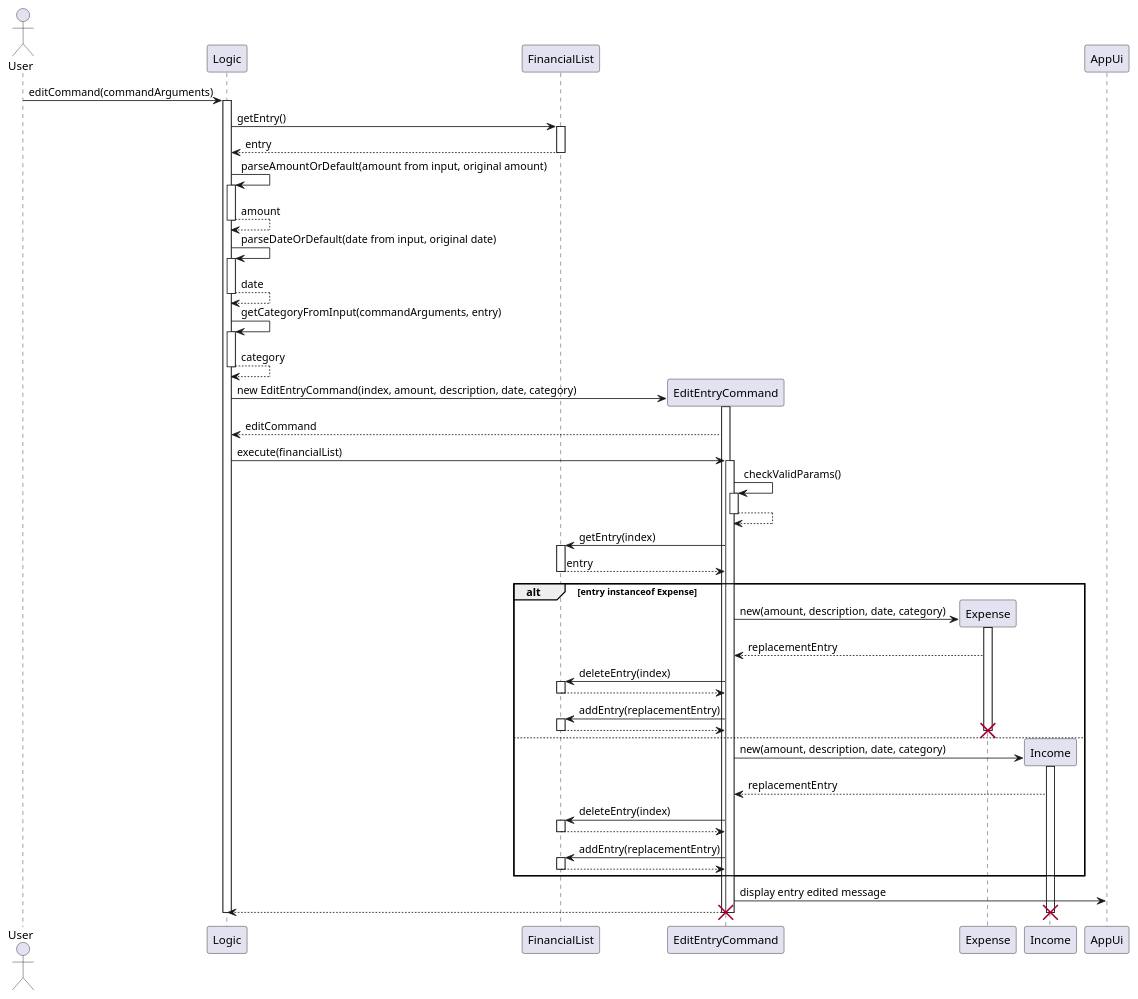
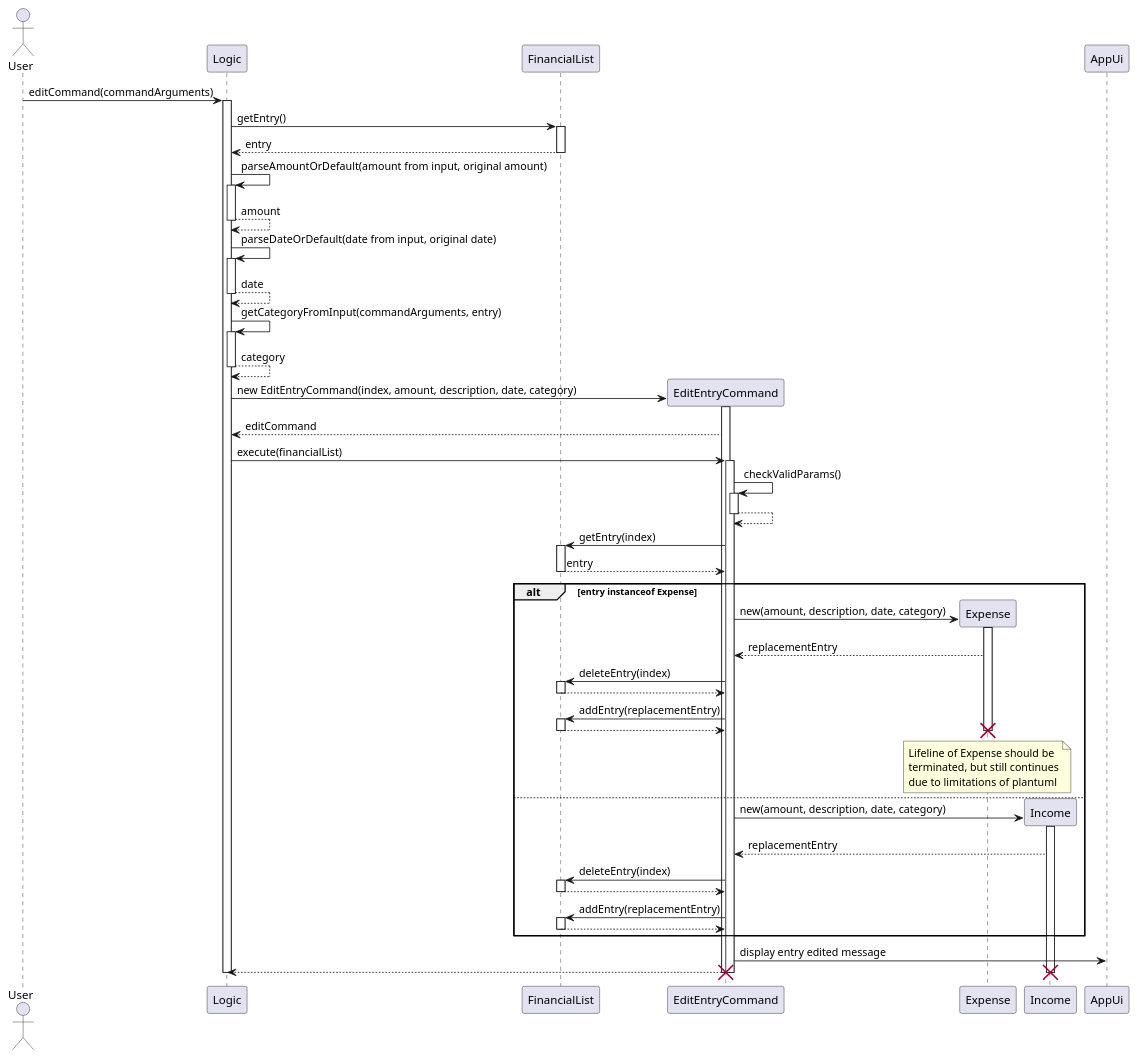
Before and after one commit to nus-cs2113-AY2425S1/tp: the diagram in docs/UML/editEntryCommandSequence.puml, drawn with PlantUML. The commit also changed 1 other file, not shown here.

Commit message:
Edit sequence diagram for Edit entry in DG

```diff
--- a/docs/UML/editEntryCommandSequence.puml
+++ b/docs/UML/editEntryCommandSequence.puml
@@ -1,80 +1,86 @@
 @startuml
 
 actor  User
 
 participant Logic
 participant FinancialList
 
 
 User -> Logic: editCommand(commandArguments)
 activate Logic
 
 Logic -> FinancialList: getEntry()
 activate FinancialList
 return entry
 
 Logic -> Logic: parseAmountOrDefault(amount from input, original amount)
 activate Logic
 return amount
 
 Logic -> Logic: parseDateOrDefault(date from input, original date)
 activate Logic
 return date
 
 Logic -> Logic: getCategoryFromInput(commandArguments, entry)
 activate Logic
 return category
 
 create EditEntryCommand
 Logic -> EditEntryCommand: new EditEntryCommand(index, amount, description, date, category)
 activate EditEntryCommand
 EditEntryCommand --> Logic: editCommand
 
 Logic -> EditEntryCommand: execute(financialList)
 activate EditEntryCommand
 
 EditEntryCommand -> EditEntryCommand: checkValidParams()
 activate EditEntryCommand
 return
 
 EditEntryCommand -> FinancialList: getEntry(index)
 activate FinancialList
 return entry
 
 alt entry instanceof Expense
     Create Expense
     EditEntryCommand -> Expense: new(amount, description, date, category)
     activate Expense
     Expense --> EditEntryCommand: replacementEntry
     EditEntryCommand -> FinancialList: deleteEntry(index)
     activate FinancialList
     return
     EditEntryCommand -> FinancialList: addEntry(replacementEntry)
     activate FinancialList
     return
     deactivate Expense
     destroy Expense
+    note over Expense
+            Lifeline of Expense should be
+            terminated, but still continues
+            due to limitations of plantuml
+        endnote
 else
     Create Income
     EditEntryCommand -> Income: new(amount, description, date, category)
     activate Income
     Income --> EditEntryCommand: replacementEntry
+
     EditEntryCommand -> FinancialList: deleteEntry(index)
     activate FinancialList
     return
     EditEntryCommand -> FinancialList: addEntry(replacementEntry)
     activate FinancialList
     return
 end
 
 EditEntryCommand -> AppUi: display entry edited message
 
 EditEntryCommand --> Logic
 
 deactivate Income
 destroy Income
 deactivate EditEntryCommand
 destroy EditEntryCommand
 deactivate Logic
 
 @enduml
```
